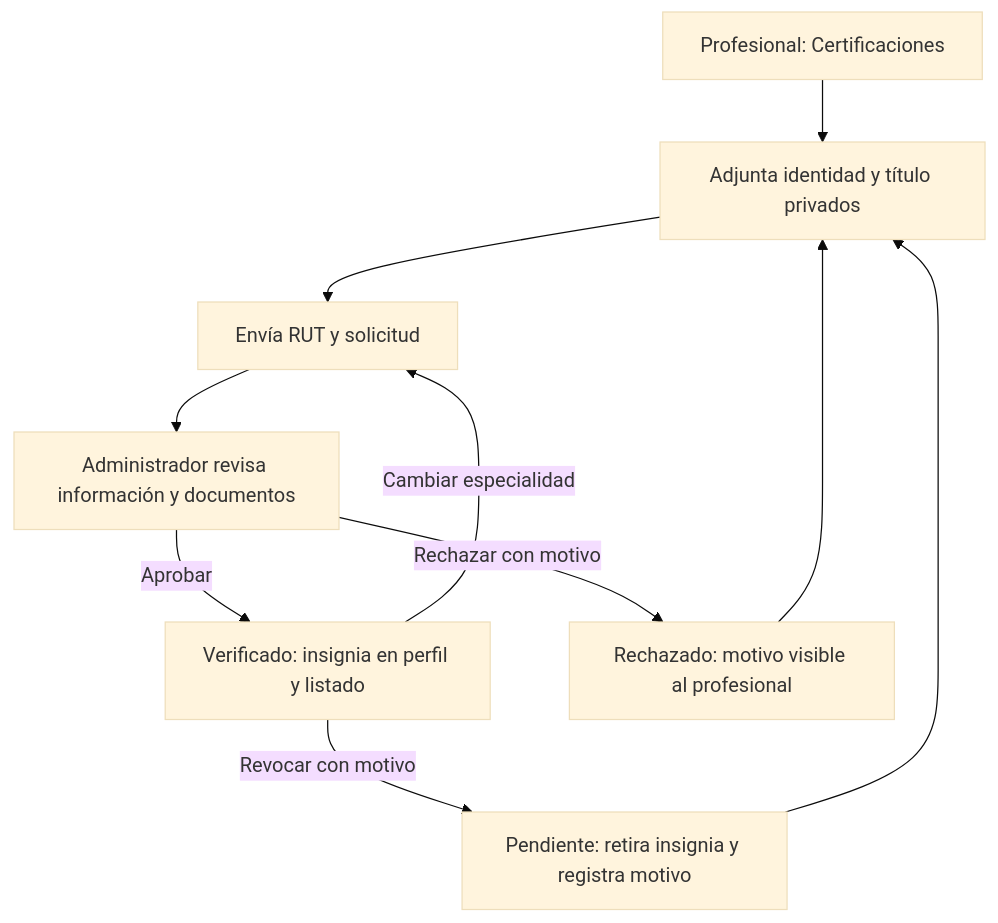
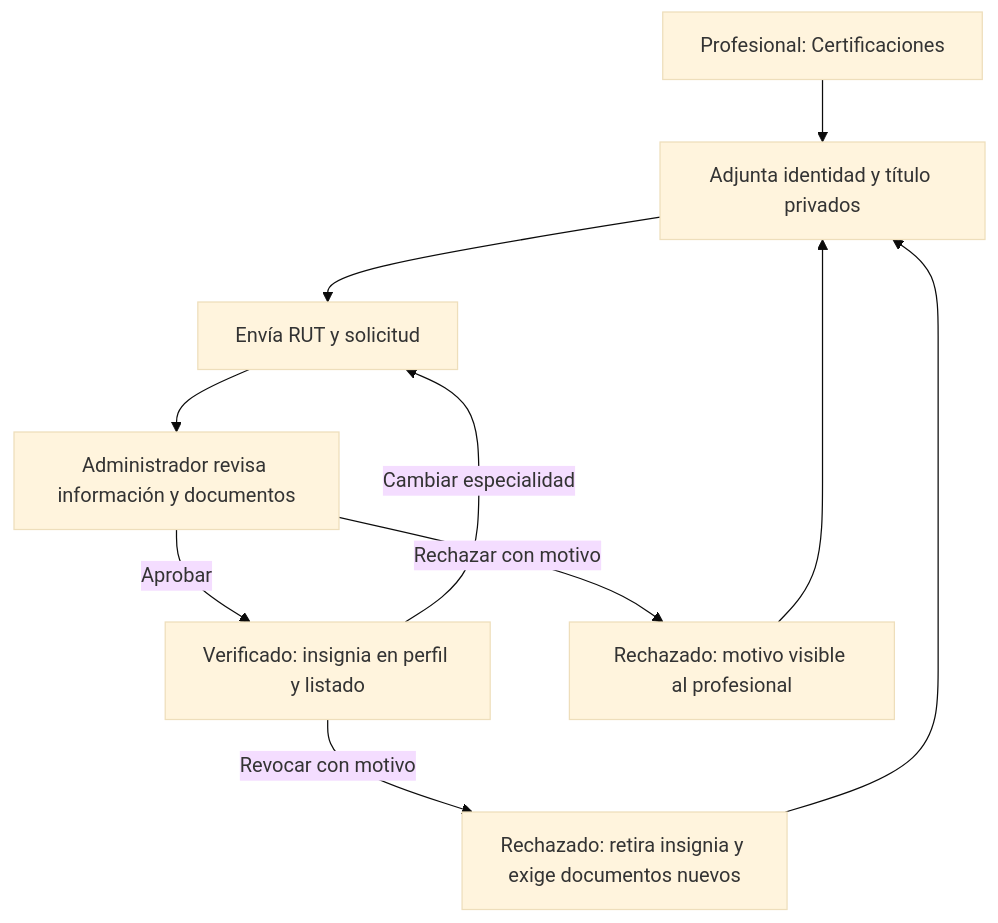
Before and after one commit to rodriacr/FitSearch: the diagram in FASE 2/Evidencias Proyecto/Evidencias de documentación/Sprint 3/Panel_Administrador.md, drawn with Mermaid (base theme). The commit also changed other lines of this file and 9 other files, not shown here.

````diff
--- a/FASE 2/Evidencias Proyecto/Evidencias de documentación/Sprint 3/Panel_Administrador.md
+++ b/FASE 2/Evidencias Proyecto/Evidencias de documentación/Sprint 3/Panel_Administrador.md
@@ -64,12 +66,12 @@
 ```mermaid
 flowchart TD
   P["Profesional: Certificaciones"] --> D["Adjunta identidad y título privados"]
   D --> S["Envía RUT y solicitud"]
   S --> A["Administrador revisa información y documentos"]
   A -->|Aprobar| V["Verificado: insignia en perfil y listado"]
   A -->|Rechazar con motivo| R["Rechazado: motivo visible al profesional"]
   R --> D
-  V -->|Revocar con motivo| N["Pendiente: retira insignia y registra motivo"]
+  V -->|Revocar con motivo| N["Rechazado: retira insignia y exige documentos nuevos"]
   N --> D
   V -->|Cambiar especialidad| S
 ```
````
